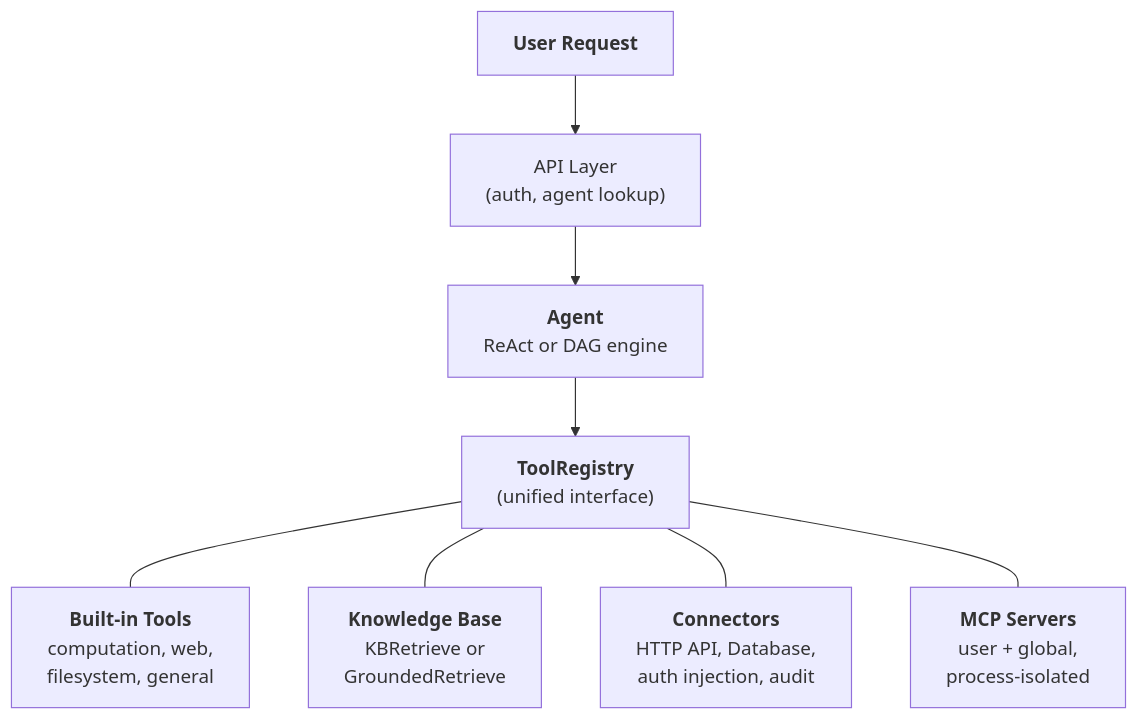
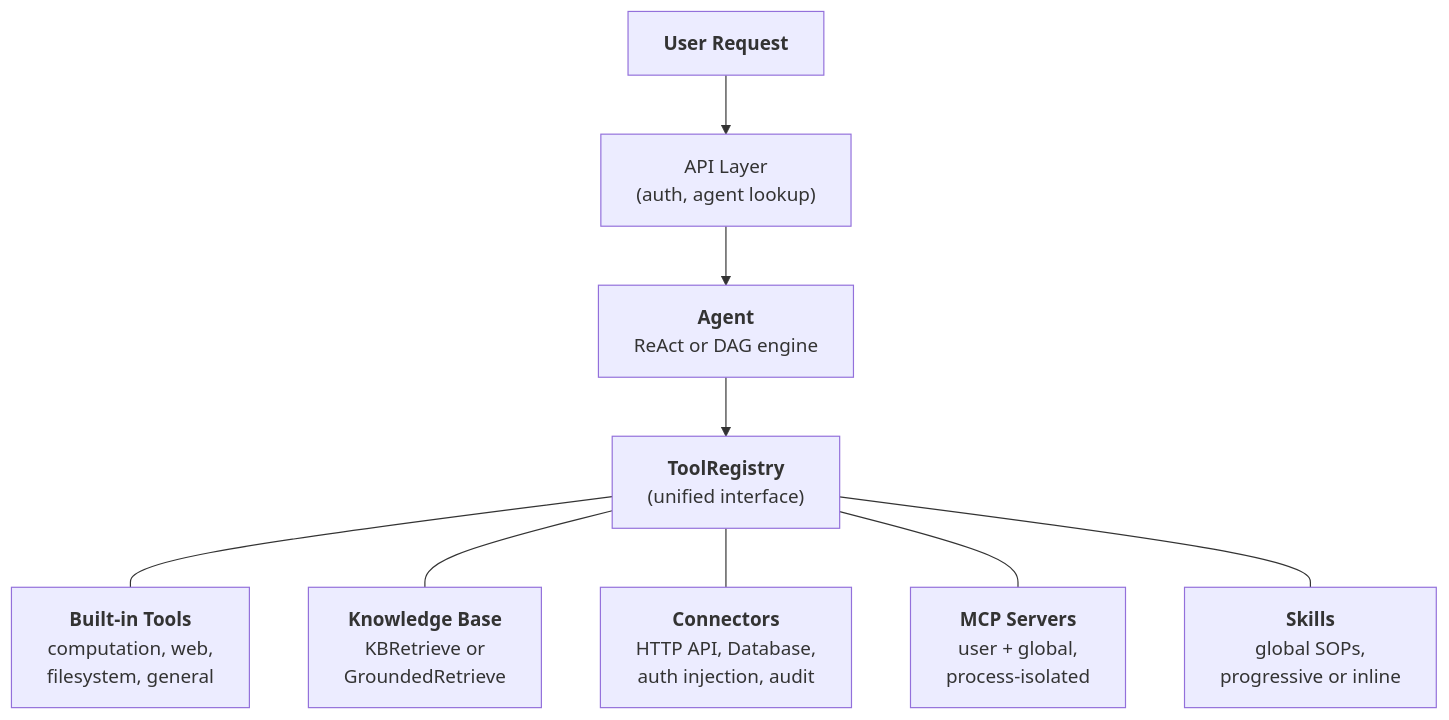
Before and after one commit to fim-ai/fim-agent: the first of 2 diagrams in docs/architecture/system-overview.mdx, drawn with Mermaid. The commit also changed other lines of this file and 36 other files, not shown here.

````diff
--- a/docs/architecture/system-overview.mdx
+++ b/docs/architecture/system-overview.mdx
@@ -12,11 +12,12 @@
 ```mermaid
 flowchart TD
     U["<b>User Request</b>"] --> API["API Layer<br/>(auth, agent lookup)"]
     API --> A["<b>Agent</b><br/>ReAct or DAG engine"]
     A --> TR["<b>ToolRegistry</b><br/>(unified interface)"]
 
     TR --- BT["<b>Built-in Tools</b><br/>computation, web,<br/>filesystem, general"]
     TR --- KB["<b>Knowledge Base</b><br/>KBRetrieve or<br/>GroundedRetrieve"]
     TR --- CT["<b>Connectors</b><br/>HTTP API, Database,<br/>auth injection, audit"]
     TR --- MCP["<b>MCP Servers</b><br/>user + global,<br/>process-isolated"]
+    TR --- SK["<b>Skills</b><br/>global SOPs,<br/>progressive or inline"]
 ```
````
